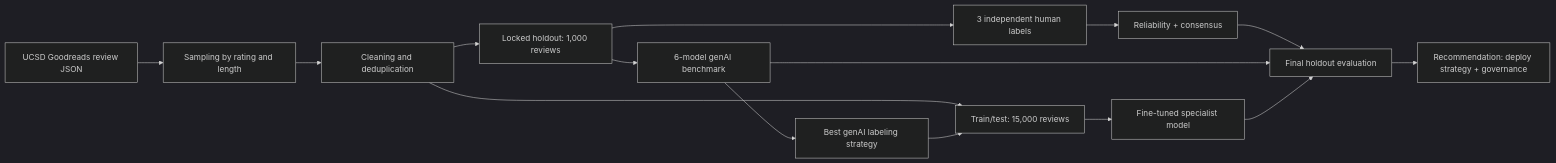
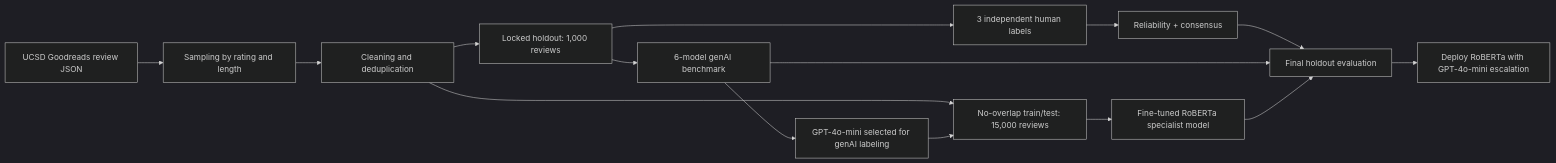
One commit to jpdama/goodreads-reader-response-classifier changed the diagram in docs/technical_appendix_outline.md. Above: the diagram before and after it, drawn with Mermaid (dark theme). The commit also changed other lines of this file and 6 other files, not shown here.

````diff
--- a/docs/technical_appendix_outline.md
+++ b/docs/technical_appendix_outline.md
@@ -5,17 +5,17 @@
 ```mermaid
 flowchart LR
     A["UCSD Goodreads review JSON"] --> B["Sampling by rating and length"]
     B --> C["Cleaning and deduplication"]
     C --> D["Locked holdout: 1,000 reviews"]
-    C --> E["Train/test: 15,000 reviews"]
+    C --> E["No-overlap train/test: 15,000 reviews"]
     D --> F["3 independent human labels"]
     F --> G["Reliability + consensus"]
     D --> H["6-model genAI benchmark"]
-    H --> I["Best genAI labeling strategy"]
+    H --> I["GPT-4o-mini selected for genAI labeling"]
     I --> E
-    E --> J["Fine-tuned specialist model"]
+    E --> J["Fine-tuned RoBERTa specialist model"]
     G --> K["Final holdout evaluation"]
     H --> K
     J --> K
-    K --> L["Recommendation: deploy strategy + governance"]
+    K --> L["Deploy RoBERTa with GPT-4o-mini escalation"]
 ```
````
